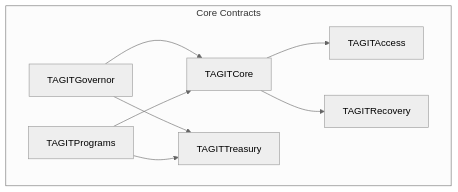
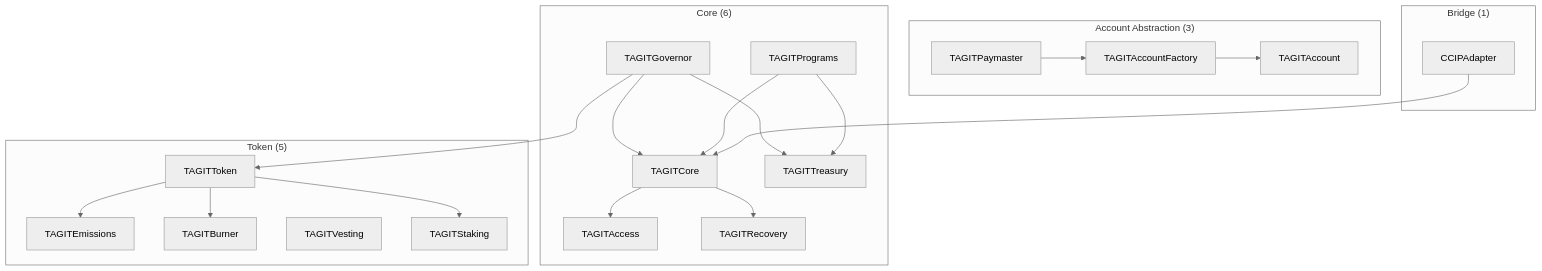
The first of 2 diagrams in docs/contracts/index.md (TAG-IT-NETWORK/tagit-docs), drawn with Mermaid (neutral theme) before and after one commit. The commit also changed other lines of this file and 21 other files, not shown here.

First line of the commit message:
docs: Major Notion sync - 15 contracts, token, hardware, security

````diff
--- a/docs/contracts/index.md
+++ b/docs/contracts/index.md
@@ -12,18 +12,38 @@
 ```mermaid
 flowchart TB
-    subgraph "Core Contracts"
+    subgraph "Core (6)"
         A[TAGITCore]
         B[TAGITAccess]
         C[TAGITRecovery]
         D[TAGITGovernor]
         E[TAGITTreasury]
         F[TAGITPrograms]
     end
 
+    subgraph "Token (5)"
+        G[TAGITToken]
+        H[TAGITEmissions]
+        I[TAGITBurner]
+        J[TAGITVesting]
+        K[TAGITStaking]
+    end
+
+    subgraph "Account Abstraction (3)"
+        L[TAGITPaymaster]
+        M[TAGITAccountFactory]
+        N[TAGITAccount]
+    end
+
+    subgraph "Bridge (1)"
+        O[CCIPAdapter]
+    end
+
     A --> B
     A --> C
-    D --> A
-    D --> E
-    F --> A
-    F --> E
+    D --> A & E
+    F --> A & E
+    G --> H & I & K
+    D --> G
+    L --> M --> N
+    O --> A
 ```
````
